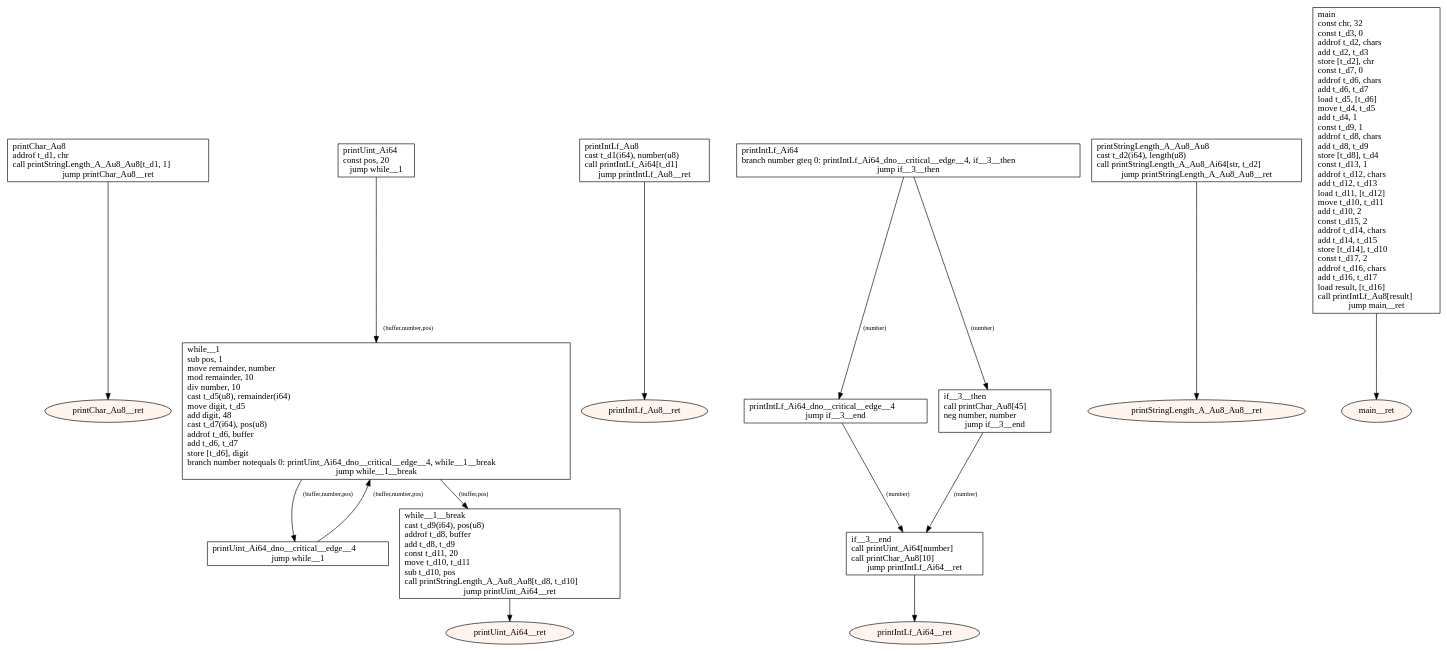
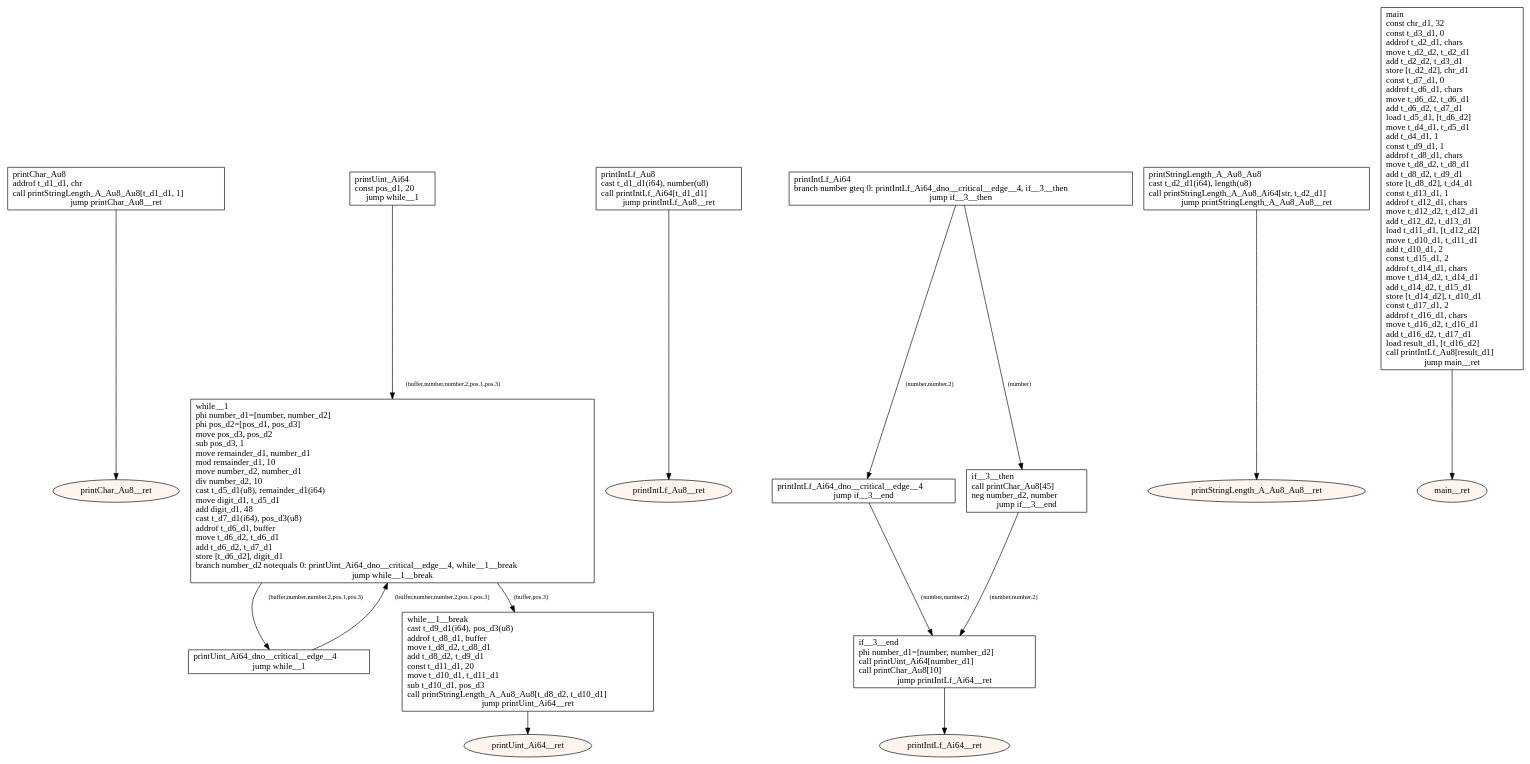
Before and after one commit to tmssngr/tinyC: the diagram in src/main/resources-test/compiler/windows/arrays.dot, drawn with Graphviz. The commit also changed 90 other files, not shown here.

```diff
--- a/src/main/resources-test/compiler/windows/arrays.dot
+++ b/src/main/resources-test/compiler/windows/arrays.dot
@@ -1,47 +1,47 @@
 digraph program {
 	edge[fontsize="10pt"];
 	subgraph fn_printChar_Au8 {
-		BasicBlock_0_printChar_Au8 [label="printChar_Au8\laddrof t_d1, chr\lcall printStringLength_A_Au8_Au8[t_d1, 1]\ljump printChar_Au8__ret",shape=box];
+		BasicBlock_0_printChar_Au8 [label="printChar_Au8\laddrof t_d1_d1, chr\lcall printStringLength_A_Au8_Au8[t_d1_d1, 1]\ljump printChar_Au8__ret",shape=box];
 		BasicBlock_0_printChar_Au8 -> BasicBlock_0_printChar_Au8__ret;
 		BasicBlock_0_printChar_Au8__ret [label="printChar_Au8__ret",shape=oval,style=filled,fillcolor="#fff5ee"];
 	}
 	subgraph fn_printUint_Ai64 {
-		BasicBlock_1_printUint_Ai64 [label="printUint_Ai64\lconst pos, 20\ljump while__1",shape=box];
-		BasicBlock_1_printUint_Ai64 -> BasicBlock_1_while__1 [label="(buffer,number,pos)"];
+		BasicBlock_1_printUint_Ai64 [label="printUint_Ai64\lconst pos_d1, 20\ljump while__1",shape=box];
+		BasicBlock_1_printUint_Ai64 -> BasicBlock_1_while__1 [label="(buffer,number,number.2,pos.1,pos.3)"];
 		BasicBlock_1_printUint_Ai64_dno__critical__edge__4 [label="printUint_Ai64_dno__critical__edge__4\ljump while__1",shape=box];
-		BasicBlock_1_printUint_Ai64_dno__critical__edge__4 -> BasicBlock_1_while__1 [label="(buffer,number,pos)"];
-		BasicBlock_1_while__1 [label="while__1\lsub pos, 1\lmove remainder, number\lmod remainder, 10\ldiv number, 10\lcast t_d5(u8), remainder(i64)\lmove digit, t_d5\ladd digit, 48\lcast t_d7(i64), pos(u8)\laddrof t_d6, buffer\ladd t_d6, t_d7\lstore [t_d6], digit\lbranch number notequals 0: printUint_Ai64_dno__critical__edge__4, while__1__break\ljump while__1__break",shape=box];
-		BasicBlock_1_while__1 -> BasicBlock_1_printUint_Ai64_dno__critical__edge__4 [label="(buffer,number,pos)"];
-		BasicBlock_1_while__1 -> BasicBlock_1_while__1__break [label="(buffer,pos)"];
-		BasicBlock_1_while__1__break [label="while__1__break\lcast t_d9(i64), pos(u8)\laddrof t_d8, buffer\ladd t_d8, t_d9\lconst t_d11, 20\lmove t_d10, t_d11\lsub t_d10, pos\lcall printStringLength_A_Au8_Au8[t_d8, t_d10]\ljump printUint_Ai64__ret",shape=box];
+		BasicBlock_1_printUint_Ai64_dno__critical__edge__4 -> BasicBlock_1_while__1 [label="(buffer,number,number.2,pos.1,pos.3)"];
+		BasicBlock_1_while__1 [label="while__1\lphi number_d1=[number, number_d2]\lphi pos_d2=[pos_d1, pos_d3]\lmove pos_d3, pos_d2\lsub pos_d3, 1\lmove remainder_d1, number_d1\lmod remainder_d1, 10\lmove number_d2, number_d1\ldiv number_d2, 10\lcast t_d5_d1(u8), remainder_d1(i64)\lmove digit_d1, t_d5_d1\ladd digit_d1, 48\lcast t_d7_d1(i64), pos_d3(u8)\laddrof t_d6_d1, buffer\lmove t_d6_d2, t_d6_d1\ladd t_d6_d2, t_d7_d1\lstore [t_d6_d2], digit_d1\lbranch number_d2 notequals 0: printUint_Ai64_dno__critical__edge__4, while__1__break\ljump while__1__break",shape=box];
+		BasicBlock_1_while__1 -> BasicBlock_1_printUint_Ai64_dno__critical__edge__4 [label="(buffer,number,number.2,pos.1,pos.3)"];
+		BasicBlock_1_while__1 -> BasicBlock_1_while__1__break [label="(buffer,pos.3)"];
+		BasicBlock_1_while__1__break [label="while__1__break\lcast t_d9_d1(i64), pos_d3(u8)\laddrof t_d8_d1, buffer\lmove t_d8_d2, t_d8_d1\ladd t_d8_d2, t_d9_d1\lconst t_d11_d1, 20\lmove t_d10_d1, t_d11_d1\lsub t_d10_d1, pos_d3\lcall printStringLength_A_Au8_Au8[t_d8_d2, t_d10_d1]\ljump printUint_Ai64__ret",shape=box];
 		BasicBlock_1_while__1__break -> BasicBlock_1_printUint_Ai64__ret;
 		BasicBlock_1_printUint_Ai64__ret [label="printUint_Ai64__ret",shape=oval,style=filled,fillcolor="#fff5ee"];
 	}
 	subgraph fn_printIntLf_Au8 {
-		BasicBlock_2_printIntLf_Au8 [label="printIntLf_Au8\lcast t_d1(i64), number(u8)\lcall printIntLf_Ai64[t_d1]\ljump printIntLf_Au8__ret",shape=box];
+		BasicBlock_2_printIntLf_Au8 [label="printIntLf_Au8\lcast t_d1_d1(i64), number(u8)\lcall printIntLf_Ai64[t_d1_d1]\ljump printIntLf_Au8__ret",shape=box];
 		BasicBlock_2_printIntLf_Au8 -> BasicBlock_2_printIntLf_Au8__ret;
 		BasicBlock_2_printIntLf_Au8__ret [label="printIntLf_Au8__ret",shape=oval,style=filled,fillcolor="#fff5ee"];
 	}
 	subgraph fn_printIntLf_Ai64 {
 		BasicBlock_3_printIntLf_Ai64 [label="printIntLf_Ai64\lbranch number gteq 0: printIntLf_Ai64_dno__critical__edge__4, if__3__then\ljump if__3__then",shape=box];
-		BasicBlock_3_printIntLf_Ai64 -> BasicBlock_3_printIntLf_Ai64_dno__critical__edge__4 [label="(number)"];
+		BasicBlock_3_printIntLf_Ai64 -> BasicBlock_3_printIntLf_Ai64_dno__critical__edge__4 [label="(number,number.2)"];
 		BasicBlock_3_printIntLf_Ai64 -> BasicBlock_3_if__3__then [label="(number)"];
 		BasicBlock_3_printIntLf_Ai64_dno__critical__edge__4 [label="printIntLf_Ai64_dno__critical__edge__4\ljump if__3__end",shape=box];
-		BasicBlock_3_printIntLf_Ai64_dno__critical__edge__4 -> BasicBlock_3_if__3__end [label="(number)"];
-		BasicBlock_3_if__3__then [label="if__3__then\lcall printChar_Au8[45]\lneg number, number\ljump if__3__end",shape=box];
-		BasicBlock_3_if__3__then -> BasicBlock_3_if__3__end [label="(number)"];
-		BasicBlock_3_if__3__end [label="if__3__end\lcall printUint_Ai64[number]\lcall printChar_Au8[10]\ljump printIntLf_Ai64__ret",shape=box];
+		BasicBlock_3_printIntLf_Ai64_dno__critical__edge__4 -> BasicBlock_3_if__3__end [label="(number,number.2)"];
+		BasicBlock_3_if__3__then [label="if__3__then\lcall printChar_Au8[45]\lneg number_d2, number\ljump if__3__end",shape=box];
+		BasicBlock_3_if__3__then -> BasicBlock_3_if__3__end [label="(number,number.2)"];
+		BasicBlock_3_if__3__end [label="if__3__end\lphi number_d1=[number, number_d2]\lcall printUint_Ai64[number_d1]\lcall printChar_Au8[10]\ljump printIntLf_Ai64__ret",shape=box];
 		BasicBlock_3_if__3__end -> BasicBlock_3_printIntLf_Ai64__ret;
 		BasicBlock_3_printIntLf_Ai64__ret [label="printIntLf_Ai64__ret",shape=oval,style=filled,fillcolor="#fff5ee"];
 	}
 	subgraph fn_printStringLength_A_Au8_Au8 {
-		BasicBlock_4_printStringLength_A_Au8_Au8 [label="printStringLength_A_Au8_Au8\lcast t_d2(i64), length(u8)\lcall printStringLength_A_Au8_Ai64[str, t_d2]\ljump printStringLength_A_Au8_Au8__ret",shape=box];
+		BasicBlock_4_printStringLength_A_Au8_Au8 [label="printStringLength_A_Au8_Au8\lcast t_d2_d1(i64), length(u8)\lcall printStringLength_A_Au8_Ai64[str, t_d2_d1]\ljump printStringLength_A_Au8_Au8__ret",shape=box];
 		BasicBlock_4_printStringLength_A_Au8_Au8 -> BasicBlock_4_printStringLength_A_Au8_Au8__ret;
 		BasicBlock_4_printStringLength_A_Au8_Au8__ret [label="printStringLength_A_Au8_Au8__ret",shape=oval,style=filled,fillcolor="#fff5ee"];
 	}
 	subgraph fn_main {
-		BasicBlock_5_main [label="main\lconst chr, 32\lconst t_d3, 0\laddrof t_d2, chars\ladd t_d2, t_d3\lstore [t_d2], chr\lconst t_d7, 0\laddrof t_d6, chars\ladd t_d6, t_d7\lload t_d5, [t_d6]\lmove t_d4, t_d5\ladd t_d4, 1\lconst t_d9, 1\laddrof t_d8, chars\ladd t_d8, t_d9\lstore [t_d8], t_d4\lconst t_d13, 1\laddrof t_d12, chars\ladd t_d12, t_d13\lload t_d11, [t_d12]\lmove t_d10, t_d11\ladd t_d10, 2\lconst t_d15, 2\laddrof t_d14, chars\ladd t_d14, t_d15\lstore [t_d14], t_d10\lconst t_d17, 2\laddrof t_d16, chars\ladd t_d16, t_d17\lload result, [t_d16]\lcall printIntLf_Au8[result]\ljump main__ret",shape=box];
+		BasicBlock_5_main [label="main\lconst chr_d1, 32\lconst t_d3_d1, 0\laddrof t_d2_d1, chars\lmove t_d2_d2, t_d2_d1\ladd t_d2_d2, t_d3_d1\lstore [t_d2_d2], chr_d1\lconst t_d7_d1, 0\laddrof t_d6_d1, chars\lmove t_d6_d2, t_d6_d1\ladd t_d6_d2, t_d7_d1\lload t_d5_d1, [t_d6_d2]\lmove t_d4_d1, t_d5_d1\ladd t_d4_d1, 1\lconst t_d9_d1, 1\laddrof t_d8_d1, chars\lmove t_d8_d2, t_d8_d1\ladd t_d8_d2, t_d9_d1\lstore [t_d8_d2], t_d4_d1\lconst t_d13_d1, 1\laddrof t_d12_d1, chars\lmove t_d12_d2, t_d12_d1\ladd t_d12_d2, t_d13_d1\lload t_d11_d1, [t_d12_d2]\lmove t_d10_d1, t_d11_d1\ladd t_d10_d1, 2\lconst t_d15_d1, 2\laddrof t_d14_d1, chars\lmove t_d14_d2, t_d14_d1\ladd t_d14_d2, t_d15_d1\lstore [t_d14_d2], t_d10_d1\lconst t_d17_d1, 2\laddrof t_d16_d1, chars\lmove t_d16_d2, t_d16_d1\ladd t_d16_d2, t_d17_d1\lload result_d1, [t_d16_d2]\lcall printIntLf_Au8[result_d1]\ljump main__ret",shape=box];
 		BasicBlock_5_main -> BasicBlock_5_main__ret;
 		BasicBlock_5_main__ret [label="main__ret",shape=oval,style=filled,fillcolor="#fff5ee"];
 	}
 }
```
